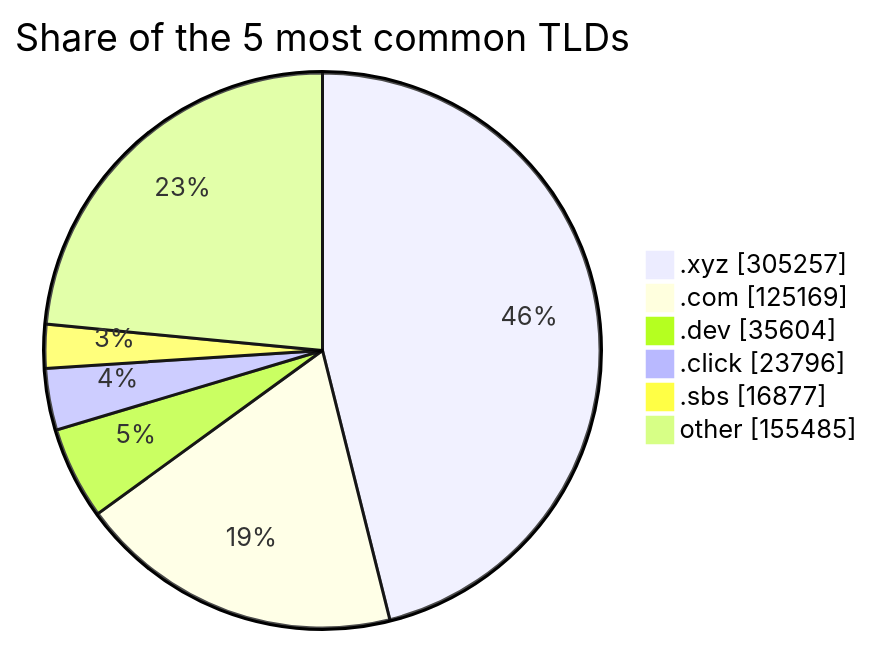
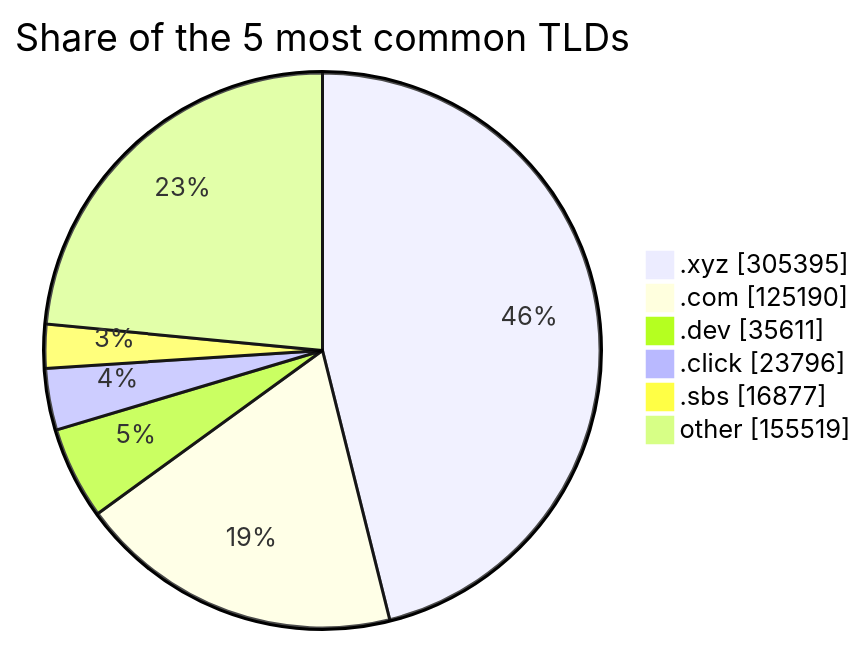
The third of 3 diagrams in README.md (DNSBunker/CTI), drawn with Mermaid before and after one commit. The commit also changed other lines of this file and 3 other files, not shown here.

````diff
--- a/README.md
+++ b/README.md
@@ -81,9 +81,9 @@
 ```mermaid
 pie showData title Share of the 5 most common TLDs
-    ".xyz" : 305257
-    ".com" : 125169
-    ".dev" : 35604
+    ".xyz" : 305395
+    ".com" : 125190
+    ".dev" : 35611
     ".click" : 23796
     ".sbs" : 16877
-    "other" : 155485
+    "other" : 155519
 ```
````
